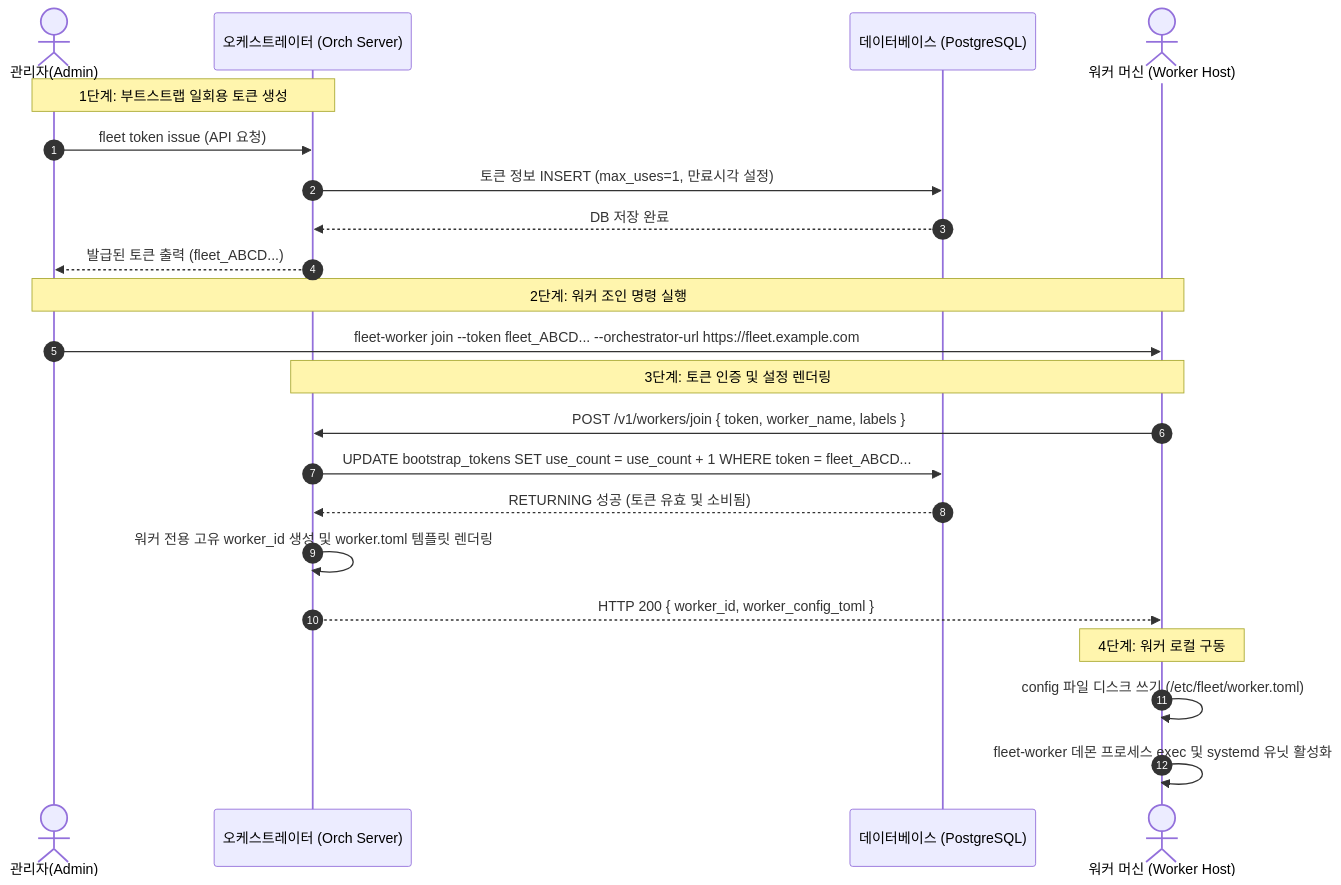
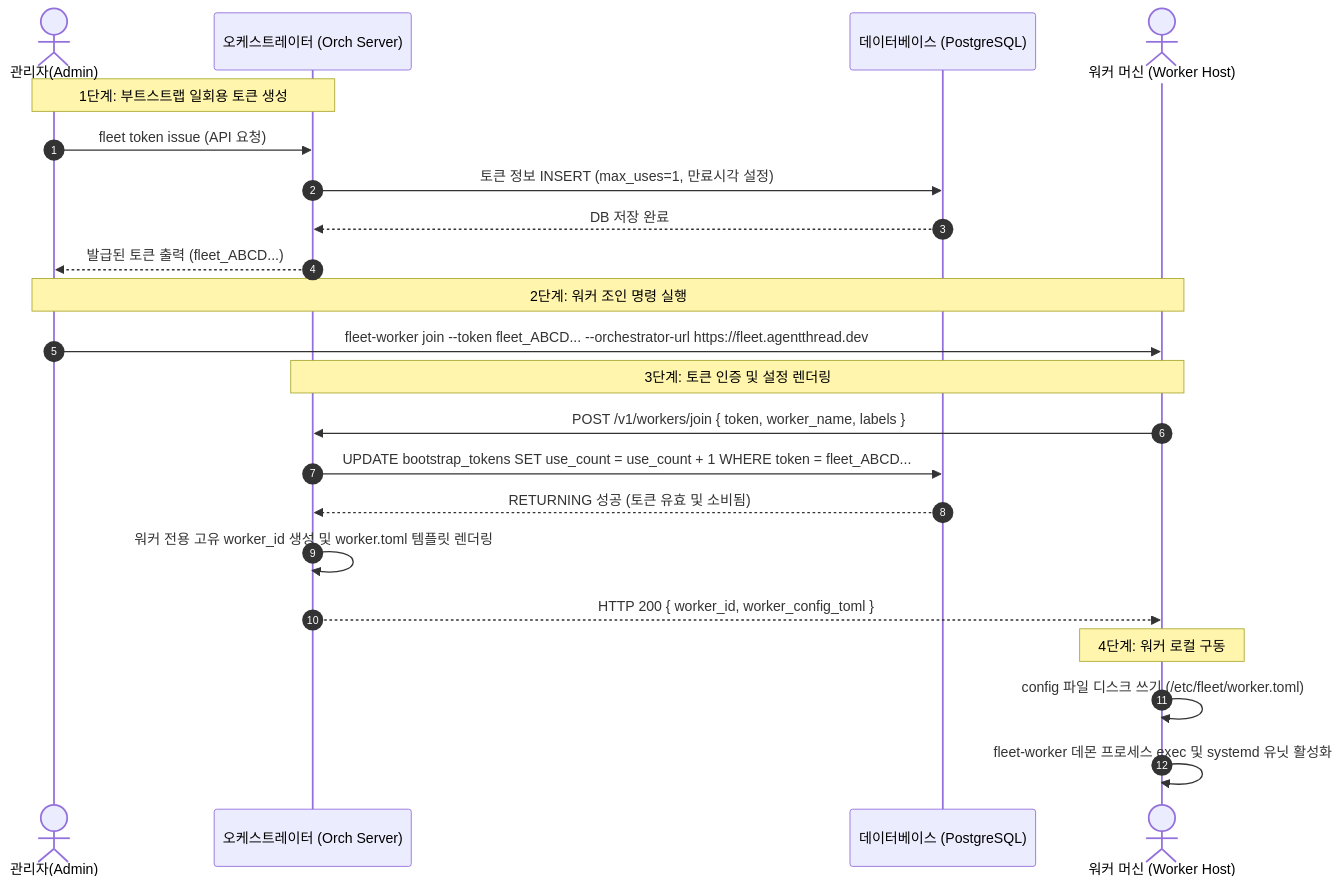
One commit to yarang/grok-fleet-orchestrator changed the first of 2 diagrams in docs/fleet_serve_dashboard_and_worker_bootstrap_design.md. Above: the diagram before and after it, drawn with Mermaid. The commit also changed 3 other files, not shown here.

First line of the commit message:
docs: align server architecture with liteLLM and replace example domains

````diff
--- a/docs/fleet_serve_dashboard_and_worker_bootstrap_design.md
+++ b/docs/fleet_serve_dashboard_and_worker_bootstrap_design.md
@@ -64,28 +64,28 @@
 ```mermaid
 sequenceDiagram
     autonumber
     actor Admin as 관리자(Admin)
     participant Orch as 오케스트레이터 (Orch Server)
     participant DB as 데이터베이스 (PostgreSQL)
     actor Worker as 워커 머신 (Worker Host)
 
     Note over Admin, Orch: 1단계: 부트스트랩 일회용 토큰 생성
     Admin->>Orch: fleet token issue (API 요청)
     Orch->>DB: 토큰 정보 INSERT (max_uses=1, 만료시각 설정)
     DB-->>Orch: DB 저장 완료
     Orch-->>Admin: 발급된 토큰 출력 (fleet_ABCD...)
 
     Note over Admin, Worker: 2단계: 워커 조인 명령 실행
-    Admin->>Worker: fleet-worker join --token fleet_ABCD... --orchestrator-url https://fleet.example.com
+    Admin->>Worker: fleet-worker join --token fleet_ABCD... --orchestrator-url https://fleet.agentthread.dev
     
     Note over Worker, Orch: 3단계: 토큰 인증 및 설정 렌더링
     Worker->>Orch: POST /v1/workers/join { token, worker_name, labels }
     Orch->>DB: UPDATE bootstrap_tokens SET use_count = use_count + 1 WHERE token = fleet_ABCD...
     DB-->>Orch: RETURNING 성공 (토큰 유효 및 소비됨)
     Orch->>Orch: 워커 전용 고유 worker_id 생성 및 worker.toml 템플릿 렌더링
     Orch-->>Worker: HTTP 200 { worker_id, worker_config_toml }
 
     Note over Worker: 4단계: 워커 로컬 구동
     Worker->>Worker: config 파일 디스크 쓰기 (/etc/fleet/worker.toml)
     Worker->>Worker: fleet-worker 데몬 프로세스 exec 및 systemd 유닛 활성화
 ```
````
